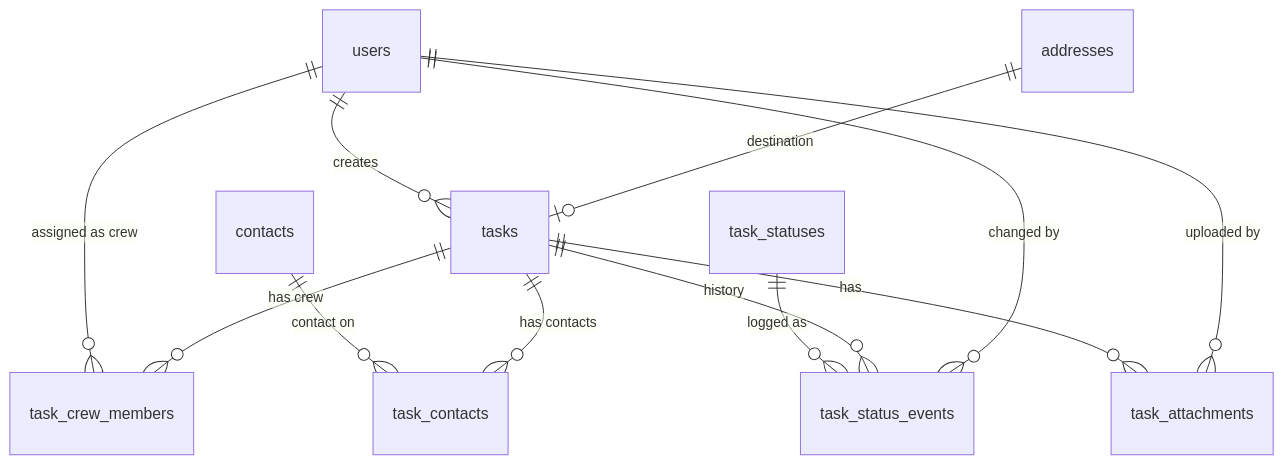
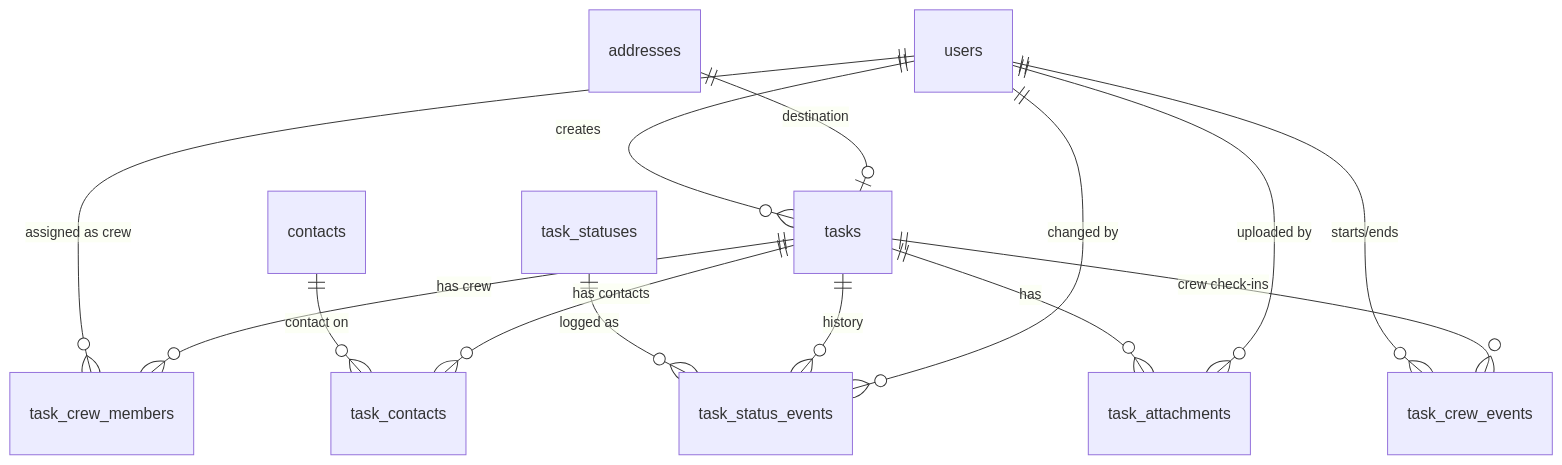
Before and after one commit to Thomas-QCD/Field: the diagram in docs/database-design.md, drawn with Mermaid. The commit also changed other lines of this file and 16 other files, not shown here.

First line of the commit message:
Add crew start/end GPS events and an admin desktop crew map.

````diff
--- a/docs/database-design.md
+++ b/docs/database-design.md
@@ -23,17 +23,19 @@
 ```mermaid
 erDiagram
     users ||--o{ tasks : "creates"
     users ||--o{ task_crew_members : "assigned as crew"
     tasks ||--o{ task_crew_members : "has crew"
 
     contacts ||--o{ task_contacts : "contact on"
     tasks ||--o{ task_contacts : "has contacts"
     addresses ||--o| tasks : "destination"
 
     task_statuses ||--o{ task_status_events : "logged as"
     tasks ||--o{ task_status_events : "history"
     tasks ||--o{ task_attachments : "has"
 
     users ||--o{ task_status_events : "changed by"
+    users ||--o{ task_crew_events : "starts/ends"
+    tasks ||--o{ task_crew_events : "crew check-ins"
     users ||--o{ task_attachments : "uploaded by"
 ```
````
